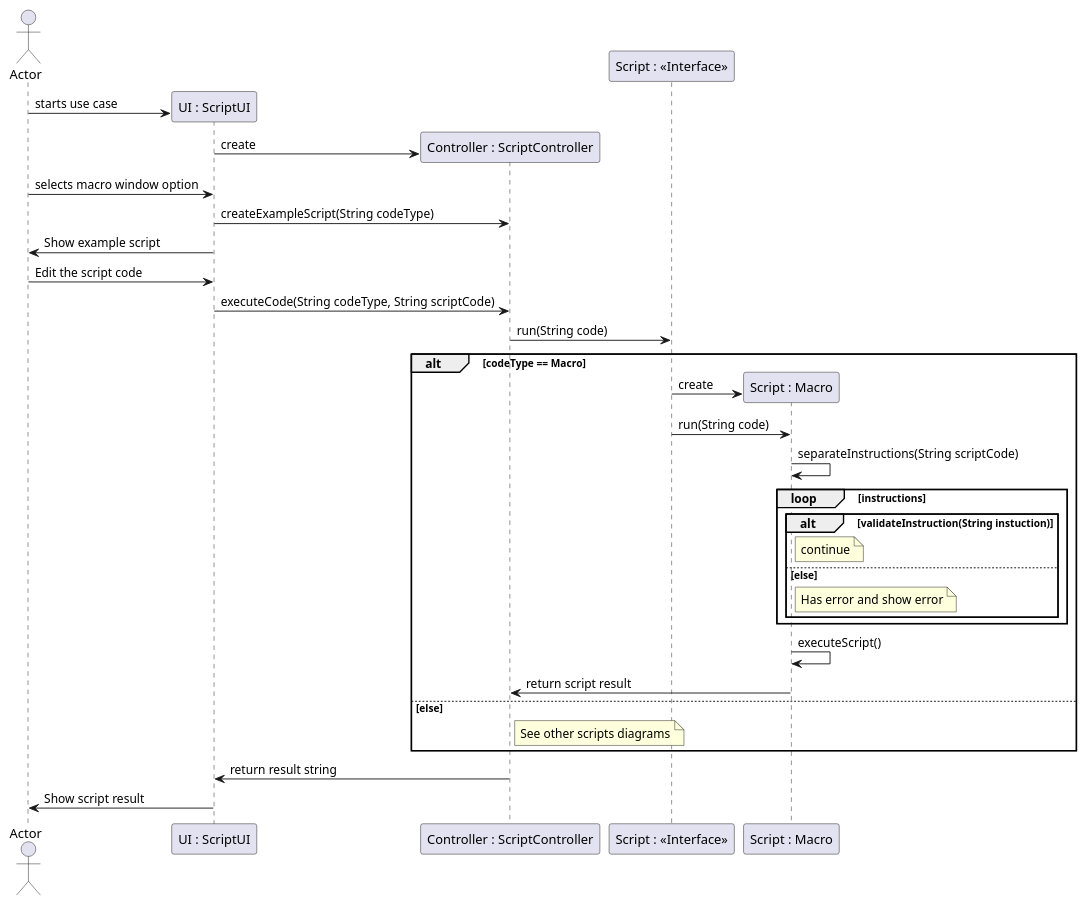
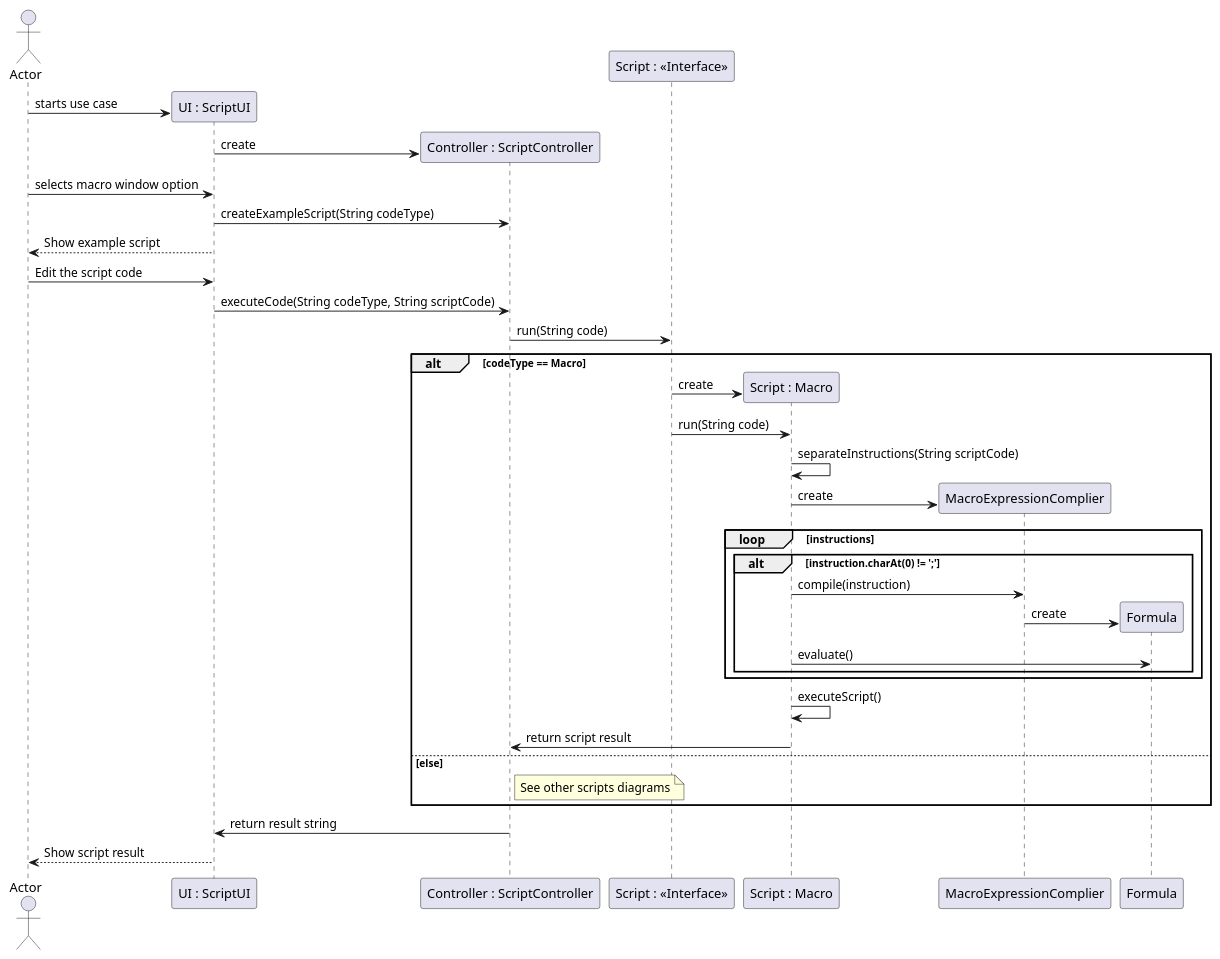
The diagram in src/main/java/csheets/worklog/n1140491/sprint4/macro_window_extension_design.puml (RubenTeixeira/cleansheets_isep_2dg_2016), drawn with PlantUML before and after one commit. The commit also changed 2 other files, not shown here.

Commit message:
LPFOURDG-343 #resolve #time 1h #comment added class diagram. changed sequence diagram. updated worklog

```diff
--- a/src/main/java/csheets/worklog/n1140491/sprint4/macro_window_extension_design.puml
+++ b/src/main/java/csheets/worklog/n1140491/sprint4/macro_window_extension_design.puml
@@ -1,44 +1,44 @@
 @startuml doc-files/macro_window_extension_design.png
 actor Actor
 
   participant "UI : ScriptUI" as UI
   participant "Controller : ScriptController" as controller
   participant "Script : <<Interface>>" as script
   participant "Script : Macro" as macro
 
   create UI
   Actor -> UI : starts use case
   create controller
   UI -> controller : create
   Actor -> UI : selects macro window option
   UI -> controller : createExampleScript(String codeType)
-  UI -> Actor : Show example script
+  UI --> Actor : Show example script
   Actor -> UI : Edit the script code
   UI -> controller : executeCode(String codeType, String scriptCode)
   controller -> script : run(String code)
   alt codeType == Macro
     create macro
     script -> macro : create
     script -> macro : run(String code)
     macro -> macro : separateInstructions(String scriptCode)
+    create MacroExpressionComplier
+    macro -> MacroExpressionComplier: create
     loop instructions
-      alt validateInstruction(String instuction)
-          note right of macro
-              continue
-          end note
-      else else
-        note right of macro
-            Has error and show error
-        end note
+      alt instruction.charAt(0) != ';'
+          macro -> MacroExpressionComplier : compile(instruction)
+          create Formula
+          MacroExpressionComplier -> Formula : create
+          macro -> Formula : evaluate()
+
       end
     end
     macro -> macro : executeScript()
     macro -> controller : return script result
   else else
     note right of controller
         See other scripts diagrams
     end note
   end
   controller -> UI : return result string
-  UI -> Actor : Show script result
+  UI --> Actor : Show script result
 @enduml
```
